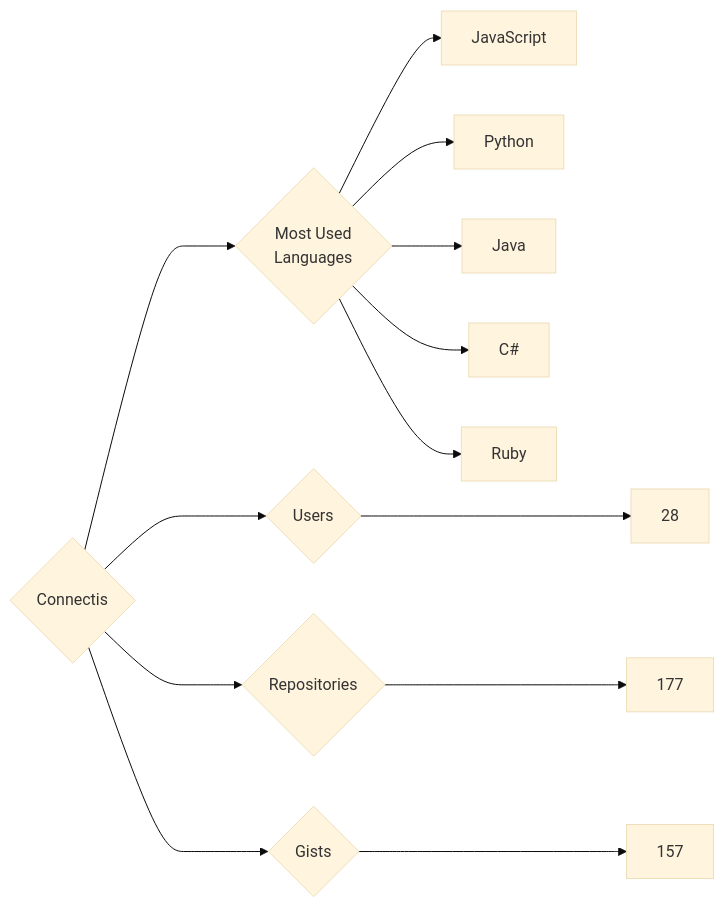
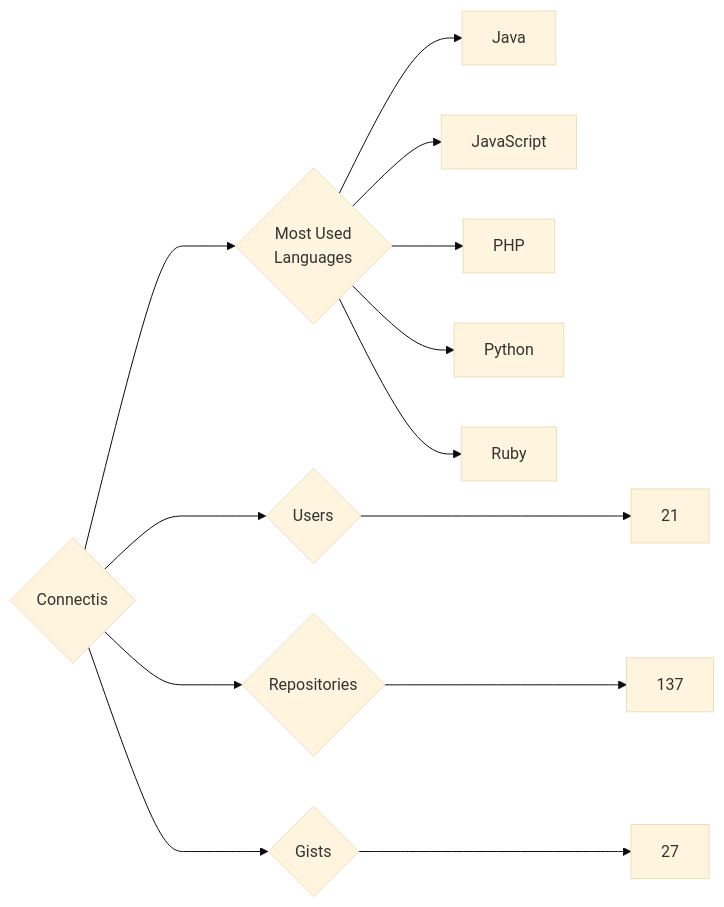
The diagram in targets/Connectis/README.md (trickest/insiders), drawn with Mermaid (base theme) before and after one commit. The commit also changed 925 other files, not shown here.

````diff
--- a/targets/Connectis/README.md
+++ b/targets/Connectis/README.md
@@ -3,13 +3,13 @@
 ```mermaid
 graph LR
 COMPANY_NAME{Connectis}
-COMPANY_NAME ---> U{Users} ---> UN[28]
-COMPANY_NAME ---> R{Repositories} ---> RN[177]
-COMPANY_NAME ---> G{Gists} ---> GN[157]
+COMPANY_NAME ---> U{Users} ---> UN[21]
+COMPANY_NAME ---> R{Repositories} ---> RN[137]
+COMPANY_NAME ---> G{Gists} ---> GN[27]
 COMPANY_NAME ---> ML{Most Used<br>Languages}
+ML --> Java[Java]
 ML --> JavaScript[JavaScript]
+ML --> PHP[PHP]
 ML --> Python[Python]
-ML --> Java[Java]
-ML --> C#[C#]
 ML --> Ruby[Ruby]
 ```
````
